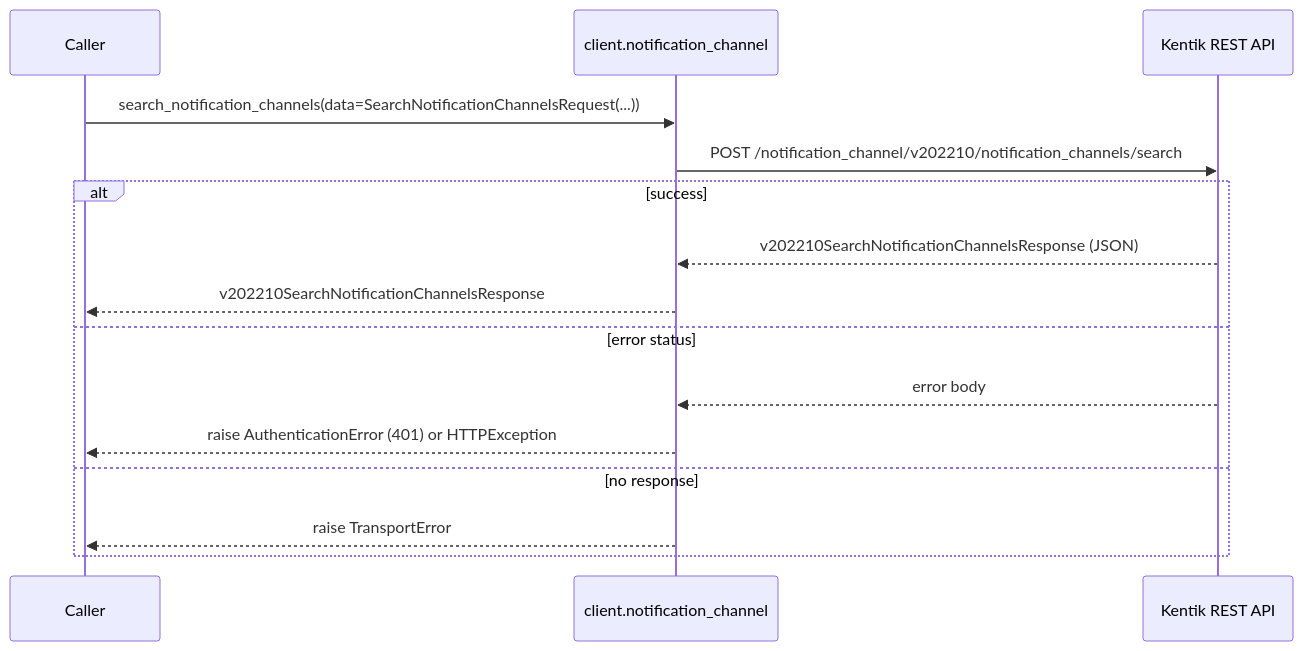
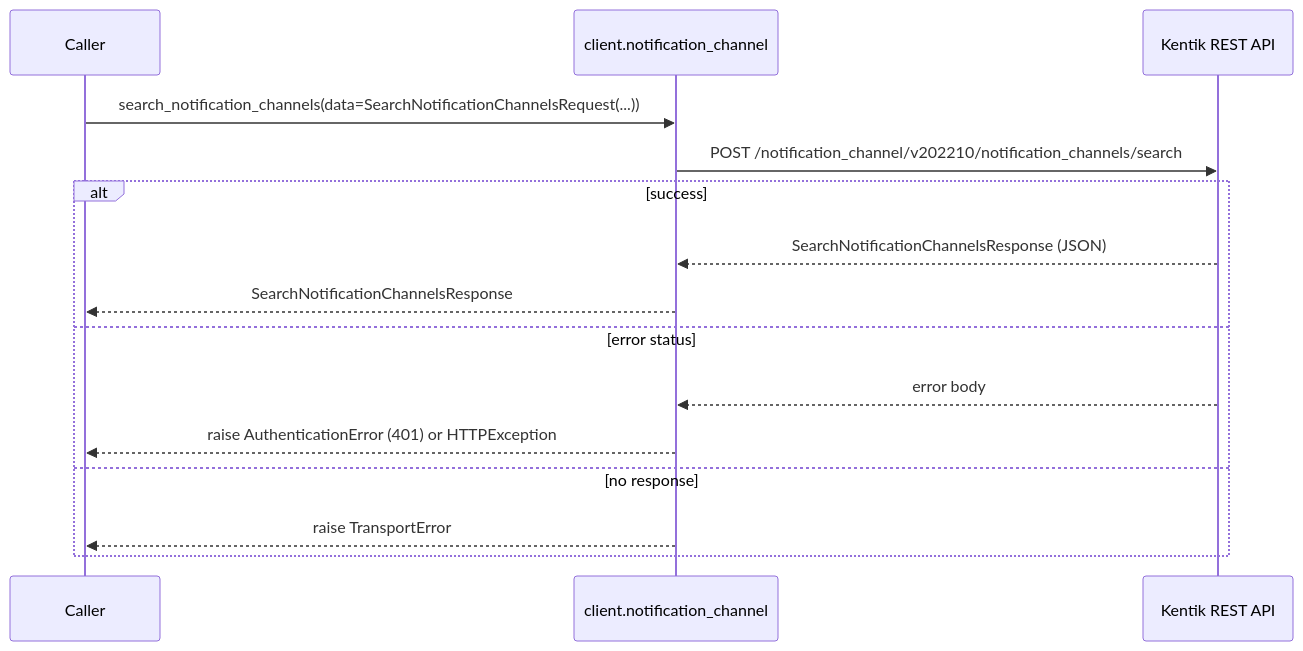
Before and after one commit to alexdearaujo/community_sdk_python: the fourth of 8 diagrams in docs/sphinx/services/notification_channel.md, drawn with Mermaid. The commit also changed other lines of this file and 38 other files, not shown here.

````diff
--- a/docs/sphinx/services/notification_channel.md
+++ b/docs/sphinx/services/notification_channel.md
@@ -106,18 +106,18 @@
 ```mermaid
 sequenceDiagram
     participant C as Caller
     participant W as client.notification_channel
     participant API as Kentik REST API
 
     C->>W: search_notification_channels(data=SearchNotificationChannelsRequest(...))
     W->>API: POST /notification_channel/v202210/notification_channels/search
     alt success
-        API-->>W: v202210SearchNotificationChannelsResponse (JSON)
-        W-->>C: v202210SearchNotificationChannelsResponse
+        API-->>W: SearchNotificationChannelsResponse (JSON)
+        W-->>C: SearchNotificationChannelsResponse
     else error status
         API-->>W: error body
         W-->>C: raise AuthenticationError (401) or HTTPException
     else no response
         W-->>C: raise TransportError
     end
 ```
````
